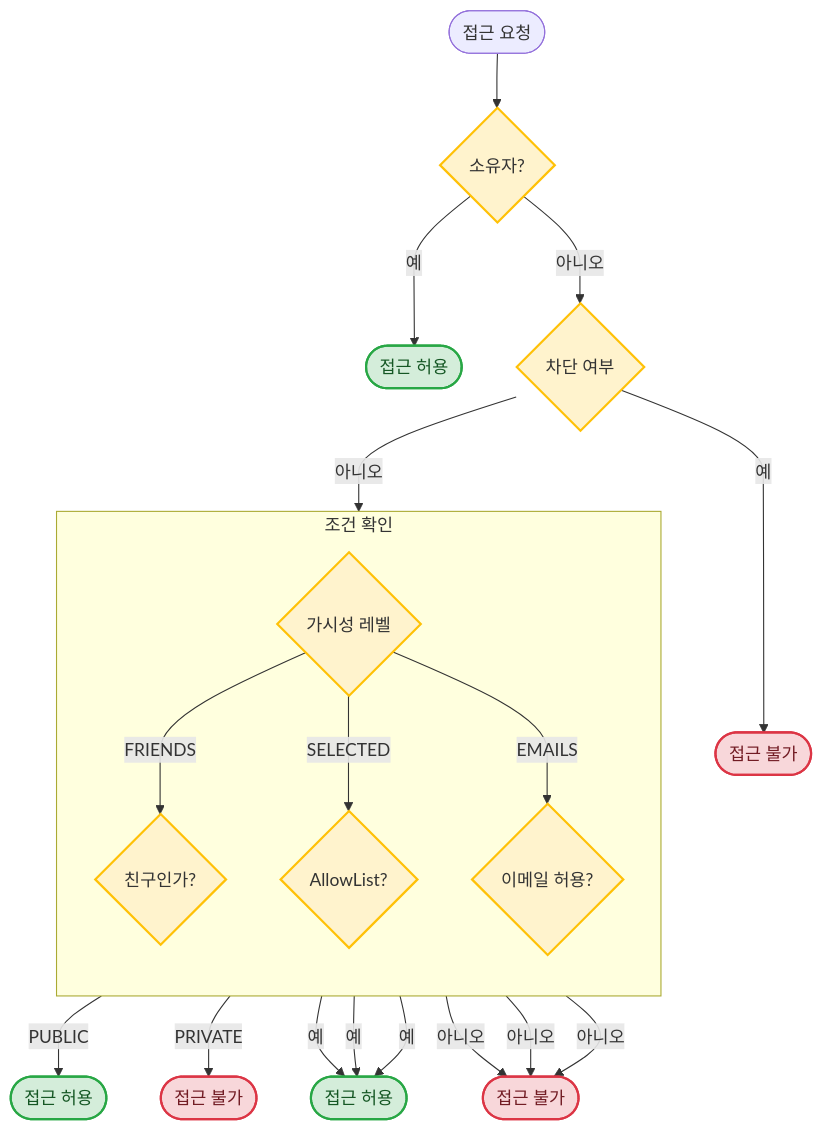
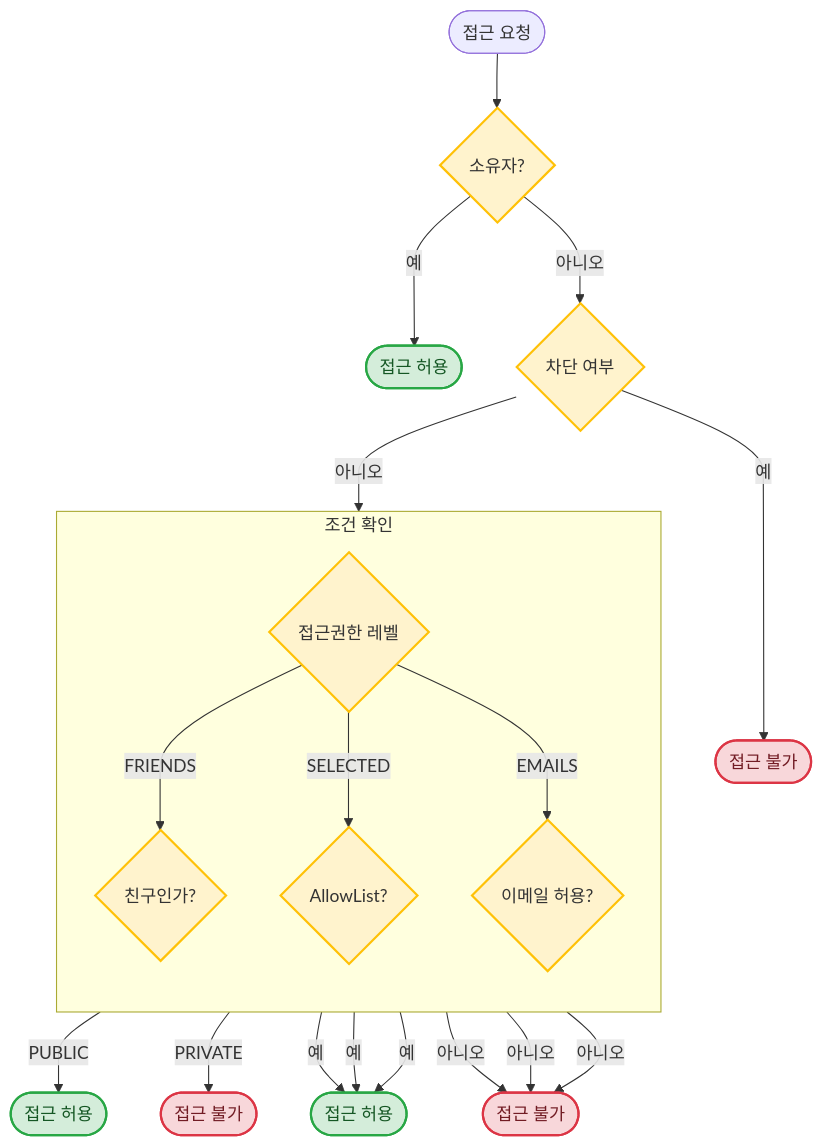
One commit to onprem-hipster-timer/backend changed the diagram in docs/guides/visibility.ko.md. Above: the diagram before and after it, drawn with Mermaid. The commit also changed other lines of this file and 28 other files, not shown here.

Commit message:
refactor: rename "가시성" references to "접근권한"

````diff
--- a/docs/guides/visibility.ko.md
+++ b/docs/guides/visibility.ko.md
@@ -70,26 +70,26 @@
 ```mermaid
 flowchart TD
     classDef allow fill:#d4edda,stroke:#28a745,stroke-width:2px,color:#155724;
     classDef deny fill:#f8d7da,stroke:#dc3545,stroke-width:2px,color:#721c24;
     classDef decision fill:#fff3cd,stroke:#ffc107,stroke-width:2px;
 
     Start([접근 요청]) --> Owner{소유자?}:::decision
     Owner -- 예 --> Allow1([접근 허용]):::allow
     Owner -- 아니오 --> Blocked{차단 여부}:::decision
     Blocked -- 예 --> Deny1([접근 불가]):::deny
-    Blocked -- 아니오 --> Level{가시성 레벨}:::decision
+    Blocked -- 아니오 --> Level{접근권한 레벨}:::decision
 
     Level -->|PUBLIC| Allow2([접근 허용]):::allow
     Level -->|PRIVATE| Deny2([접근 불가]):::deny
 
     subgraph 상세조건 [조건 확인]
         direction TB
         Level -->|FRIENDS| F{친구인가?}:::decision
         Level -->|SELECTED| L{AllowList?}:::decision
         Level -->|EMAILS| E{이메일 허용?}:::decision
     end
 
     F & L & E -->|예| Allow3([접근 허용]):::allow
     F & L & E -->|아니오| Deny3([접근 불가]):::deny
     linkStyle default interpolate monotoneY
 ```
````
